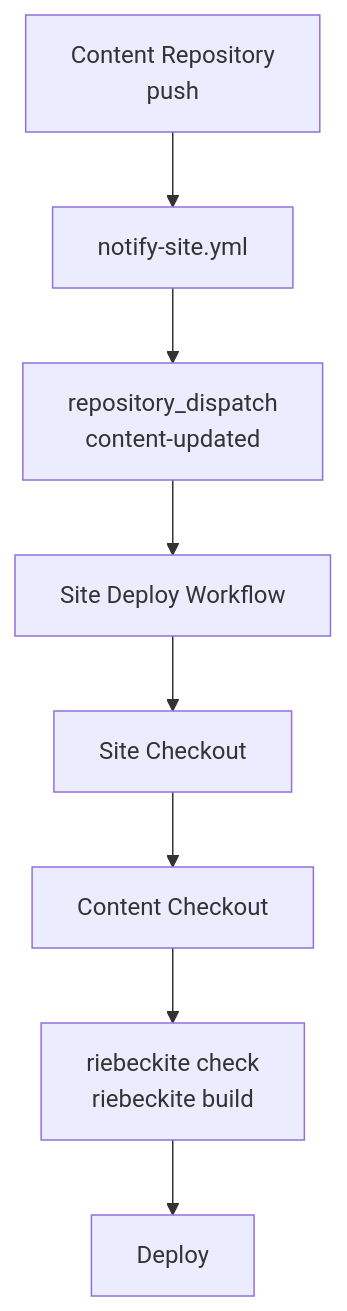
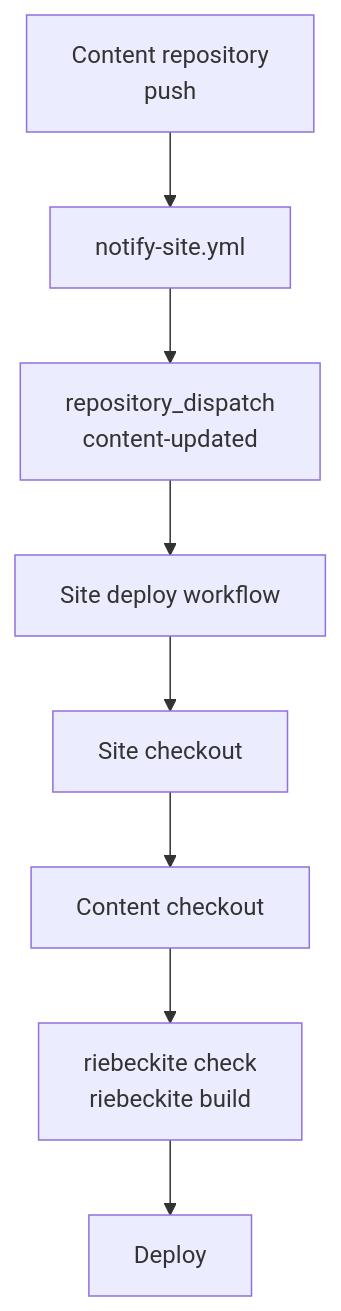
The fourth of 10 diagrams in docs/docs/guides/content-repositories.md (Rerurate514/riebeckite), drawn with Mermaid before and after one commit. The commit also changed other lines of this file and 604 other files, not shown here.

````diff
--- a/docs/docs/guides/content-repositories.md
+++ b/docs/docs/guides/content-repositories.md
@@ -461,23 +132,23 @@
 ```mermaid
 flowchart TD
-    Push["Content Repository<br/>push"]
+    Push["Content repository<br/>push"]
 
     Notify["notify-site.yml"]
     Dispatch["repository_dispatch<br/>content-updated"]
 
-    Deploy["Site Deploy Workflow"]
-    CheckoutSite["Site Checkout"]
-    CheckoutContent["Content Checkout"]
+    Deploy["Site deploy workflow"]
+    CheckoutSite["Site checkout"]
+    CheckoutContent["Content checkout"]
 
     Build["riebeckite check<br/>riebeckite build"]
     Publish["Deploy"]
 
     Push --> Notify
     Notify --> Dispatch
     Dispatch --> Deploy
 
     Deploy --> CheckoutSite
     CheckoutSite --> CheckoutContent
     CheckoutContent --> Build
     Build --> Publish
 ```
````
